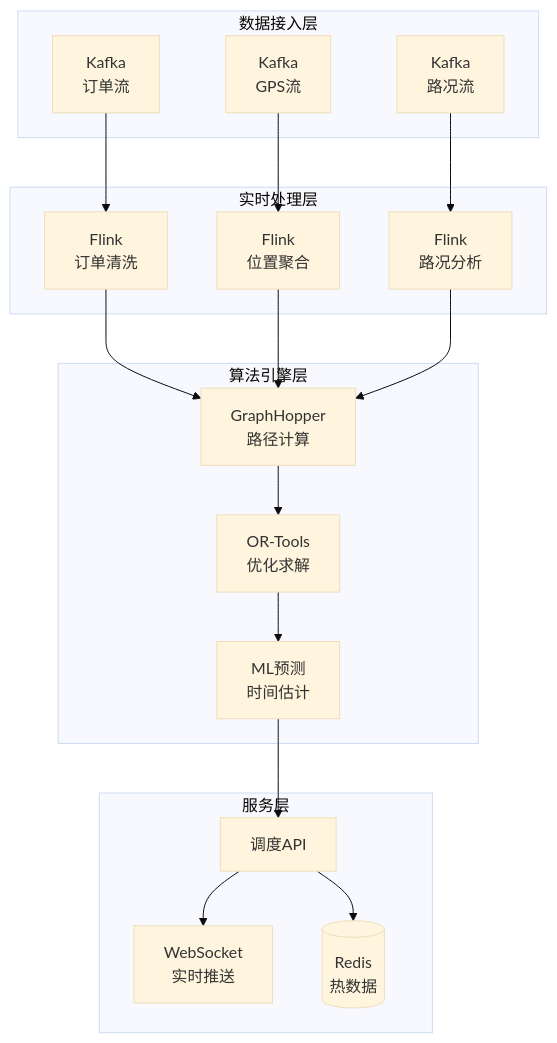
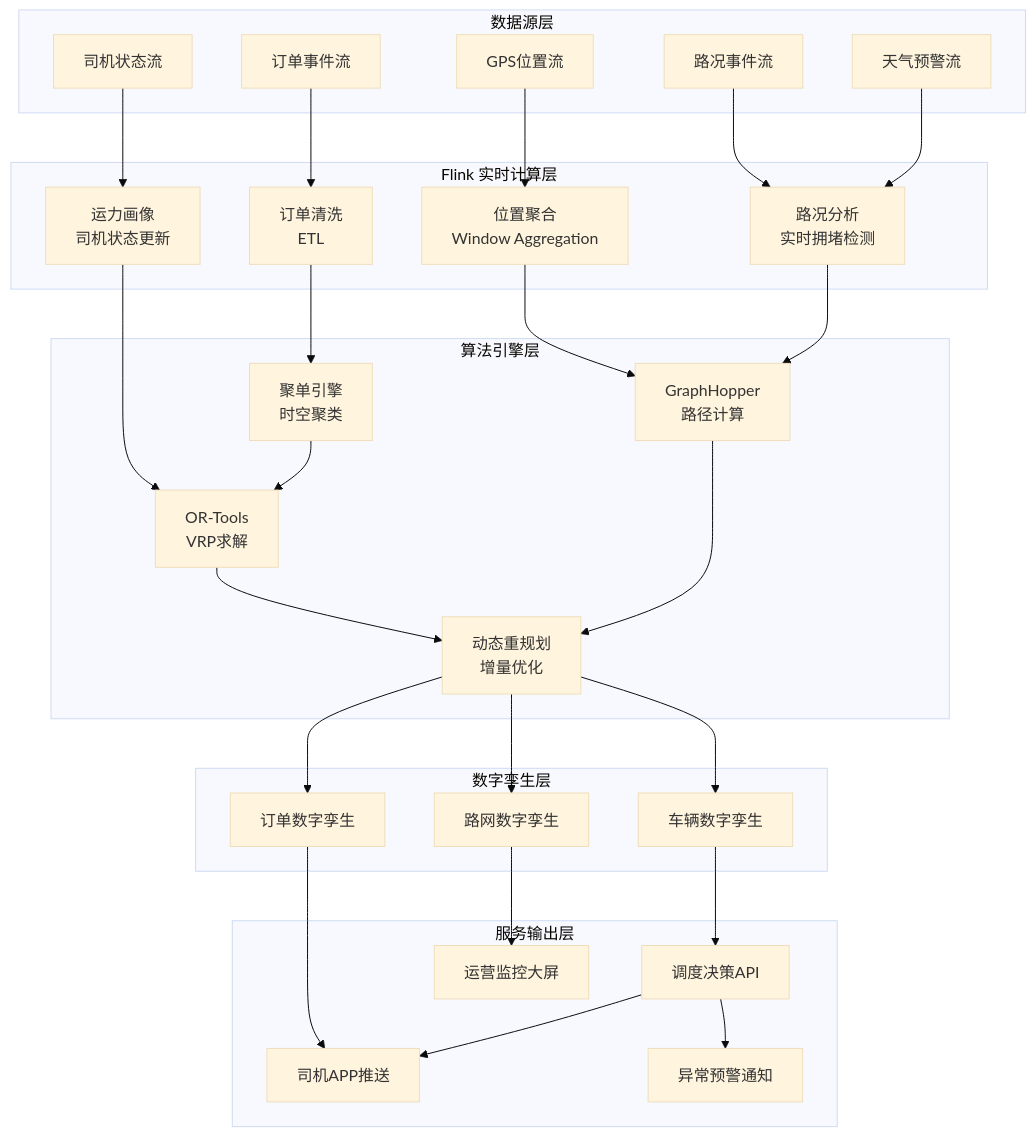
Before and after one commit to AdaMartin18010/AnalysisDataFlow: the first of 4 diagrams in phase2-case-studies/logistics/11.1.1-realtime-route-optimization.md, drawn with Mermaid (base theme). The commit also changed other lines of this file and 254 other files, not shown here.

````diff
--- a/phase2-case-studies/logistics/11.1.1-realtime-route-optimization.md
+++ b/phase2-case-studies/logistics/11.1.1-realtime-route-optimization.md
@@ -103,38 +154,58 @@
 ```mermaid
 graph TB
-    subgraph 接入层[数据接入层]
-        K1[Kafka<br/>订单流]
-        K2[Kafka<br/>GPS流]
-        K3[Kafka<br/>路况流]
+    subgraph 数据源层["数据源层"]
+        A1[订单事件流]
+        A2[GPS位置流]
+        A3[路况事件流]
+        A4[天气预警流]
+        A5[司机状态流]
     end
 
-    subgraph 处理层[实时处理层]
-        F1[Flink<br/>订单清洗]
-        F2[Flink<br/>位置聚合]
-        F3[Flink<br/>路况分析]
+    subgraph 实时计算层["Flink 实时计算层"]
+        B1[订单清洗<br/>ETL]
+        B2[位置聚合<br/>Window Aggregation]
+        B3[路况分析<br/>实时拥堵检测]
+        B4[运力画像<br/>司机状态更新]
     end
 
-    subgraph 算法层[算法引擎层]
-        G1[GraphHopper<br/>路径计算]
-        O1[OR-Tools<br/>优化求解]
-        M1[ML预测<br/>时间估计]
+    subgraph 算法引擎层["算法引擎层"]
+        C1[GraphHopper<br/>路径计算]
+        C2[OR-Tools<br/>VRP求解]
+        C3[聚单引擎<br/>时空聚类]
+        C4[动态重规划<br/>增量优化]
     end
 
-    subgraph 服务层[服务层]
-        API[调度API]
-        WS[WebSocket<br/>实时推送]
-        DB[(Redis<br/>热数据)]
+    subgraph 数字孪生层["数字孪生层"]
+        D1[车辆数字孪生]
+        D2[路网数字孪生]
+        D3[订单数字孪生]
     end
 
-    K1 --> F1
-    K2 --> F2
-    K3 --> F3
-    F1 --> G1
-    F2 --> G1
-    F3 --> G1
-    G1 --> O1
-    O1 --> M1
-    M1 --> API
-    API --> WS
-    API --> DB
+    subgraph 服务输出层["服务输出层"]
+        E1[调度决策API]
+        E2[司机APP推送]
+        E3[运营监控大屏]
+        E4[异常预警通知]
+    end
+
+    A1 --> B1
+    A2 --> B2
+    A3 --> B3
+    A4 --> B3
+    A5 --> B4
+    B1 --> C3
+    B2 --> C1
+    B3 --> C1
+    B4 --> C2
+    C3 --> C2
+    C2 --> C4
+    C1 --> C4
+    C4 --> D1
+    C4 --> D2
+    C4 --> D3
+    D1 --> E1
+    D2 --> E3
+    D3 --> E2
+    E1 --> E2
+    E1 --> E4
 ```
````
